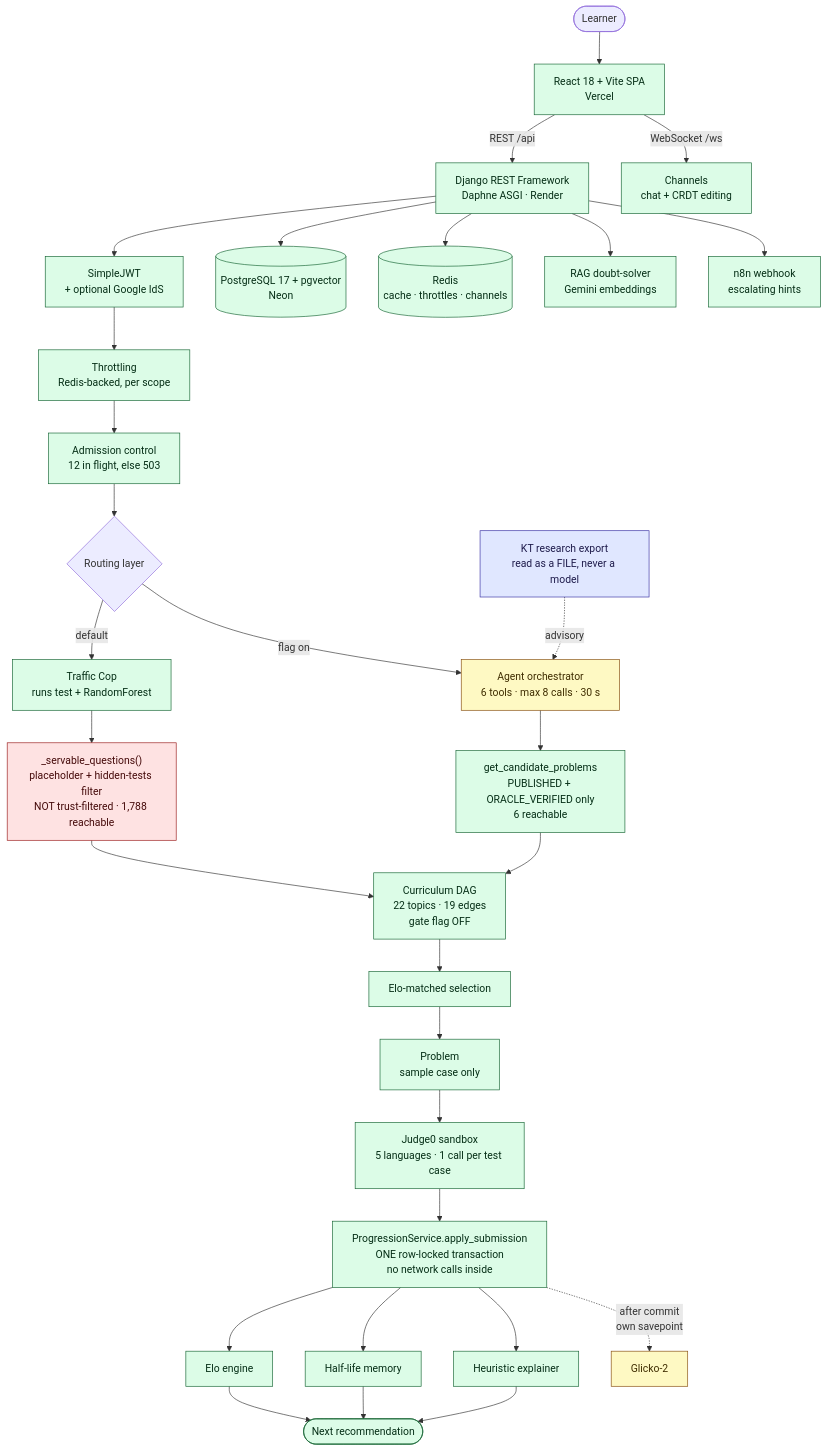
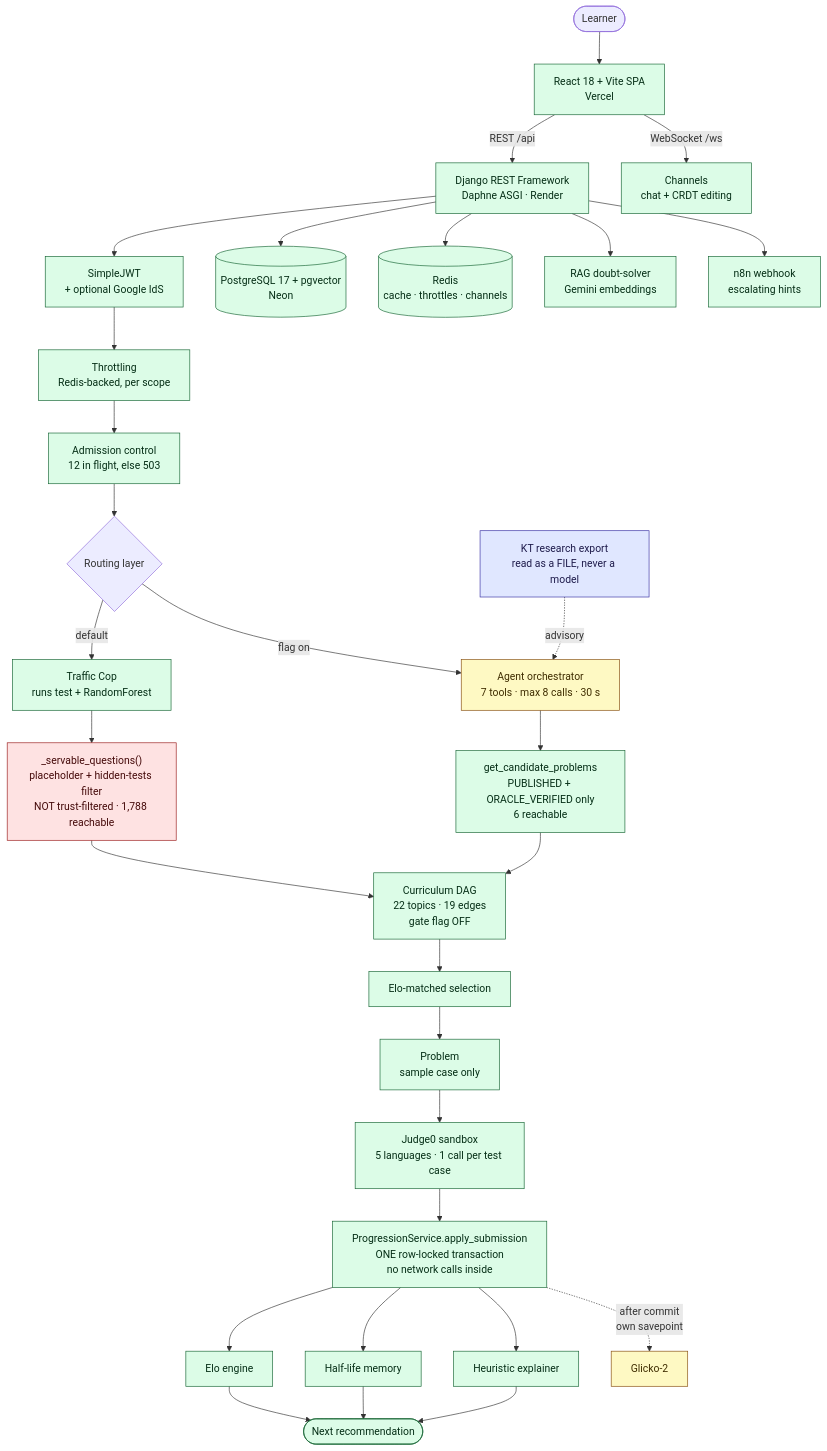
Before and after one commit to Kurapati-Sai-Suhas/SparkLM: the first of 2 diagrams in README.md, drawn with Mermaid. The commit also changed other lines of this file and 3 other files, not shown here.

````diff
--- a/README.md
+++ b/README.md
@@ -44,52 +44,52 @@
 ```mermaid
 flowchart TD
     L(["Learner"]) --> SPA["React 18 + Vite SPA<br/>Vercel"]
     SPA -->|"REST /api"| API["Django REST Framework<br/>Daphne ASGI · Render"]
     SPA -->|"WebSocket /ws"| CH["Channels<br/>chat + CRDT editing"]
 
     API --> AUTH["SimpleJWT<br/>+ optional Google IdS"]
     AUTH --> THR["Throttling<br/>Redis-backed, per scope"]
     THR --> ADM["Admission control<br/>12 in flight, else 503"]
 
     ADM --> ROUTE{"Routing layer"}
     ROUTE -->|"default"| TC["Traffic Cop<br/>runs test + RandomForest"]
-    ROUTE -->|"flag on"| AG["Agent orchestrator<br/>6 tools · max 8 calls · 30 s"]
+    ROUTE -->|"flag on"| AG["Agent orchestrator<br/>7 tools · max 8 calls · 30 s"]
 
     TC --> SERV["_servable_questions()<br/>placeholder + hidden-tests filter<br/>NOT trust-filtered · 1,788 reachable"]
     AG --> TRUST["get_candidate_problems<br/>PUBLISHED + ORACLE_VERIFIED only<br/>6 reachable"]
 
     SERV --> DAG["Curriculum DAG<br/>22 topics · 19 edges<br/>gate flag OFF"]
     TRUST --> DAG
     DAG --> SEL["Elo-matched selection"]
     SEL --> Q["Problem<br/>sample case only"]
     Q --> J0["Judge0 sandbox<br/>5 languages · 1 call per test case"]
 
     J0 --> TX["ProgressionService.apply_submission<br/>ONE row-locked transaction<br/>no network calls inside"]
 
     TX --> ELO["Elo engine"]
     TX --> HLR["Half-life memory"]
     TX --> XAI["Heuristic explainer"]
     TX -.->|"after commit<br/>own savepoint"| GL["Glicko-2"]
 
     ELO --> NEXT(["Next recommendation"])
     HLR --> NEXT
     XAI --> NEXT
 
     API --> PG[("PostgreSQL 17 + pgvector<br/>Neon")]
     API --> RD[("Redis<br/>cache · throttles · channels")]
     API --> RAG["RAG doubt-solver<br/>Gemini embeddings"]
     API --> N8N["n8n webhook<br/>escalating hints"]
 
     KT["KT research export<br/>read as a FILE, never a model"] -.->|"advisory"| AG
 
     classDef live fill:#dcfce7,stroke:#166534,color:#052e16
     classDef shadow fill:#fef9c3,stroke:#854d0e,color:#3f2d00
     classDef research fill:#e0e7ff,stroke:#3730a3,color:#1e1b4b
     classDef gap fill:#fee2e2,stroke:#991b1b,color:#450a0a
 
     class SPA,API,CH,AUTH,THR,ADM,TC,DAG,SEL,Q,J0,TX,ELO,HLR,XAI,PG,RD,RAG,N8N,NEXT,TRUST live
     class GL shadow
     class KT research
     class SERV gap
     class AG shadow
 ```
````
